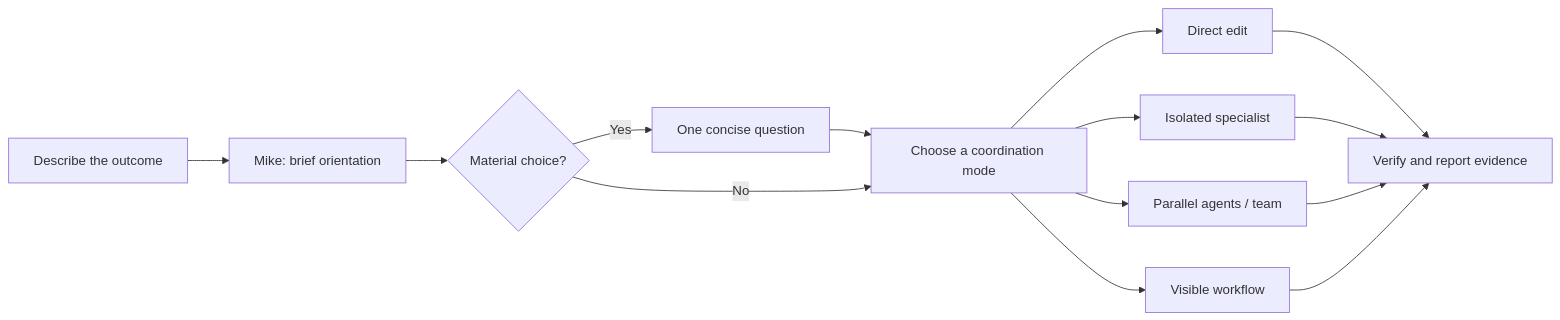
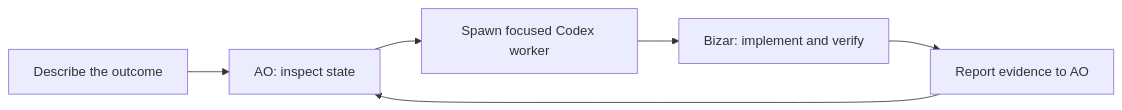
One commit to PolderLabsVOF/BizarHarness changed the second of 4 diagrams in README.md. Above: the diagram before and after it, drawn with Mermaid. The commit also changed other lines of this file and 22 other files, not shown here.

````diff
--- a/README.md
+++ b/README.md
@@ -113,16 +83,8 @@
 ```mermaid
 flowchart LR
-    U["Describe the outcome"] --> M["Mike: brief orientation"]
-    M --> Q{"Material choice?"}
-    Q -- Yes --> C["One concise question"]
-    C --> R["Choose a coordination mode"]
-    Q -- No --> R
-    R --> D["Direct edit"]
-    R --> A["Isolated specialist"]
-    R --> P["Parallel agents / team"]
-    R --> W["Visible workflow"]
-    D --> V["Verify and report evidence"]
-    A --> V
-    P --> V
-    W --> V
+    U["Describe the outcome"] --> AO["AO: inspect state"]
+    AO --> W["Spawn focused Codex worker"]
+    W --> B["Bizar: implement and verify"]
+    B --> V["Report evidence to AO"]
+    V --> AO
 ```
````
